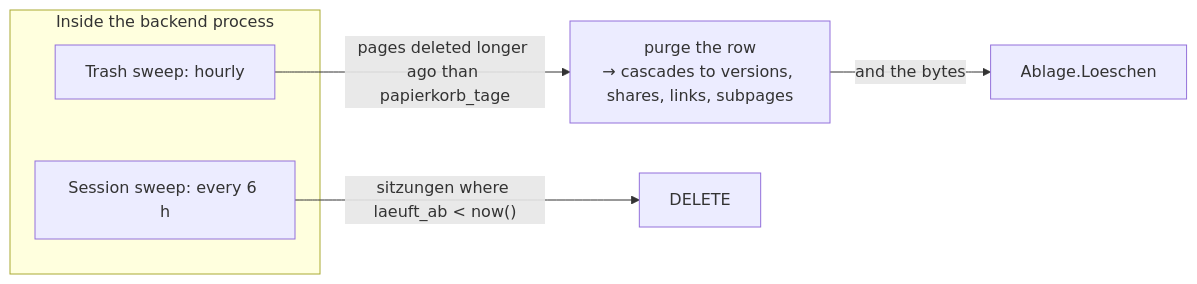
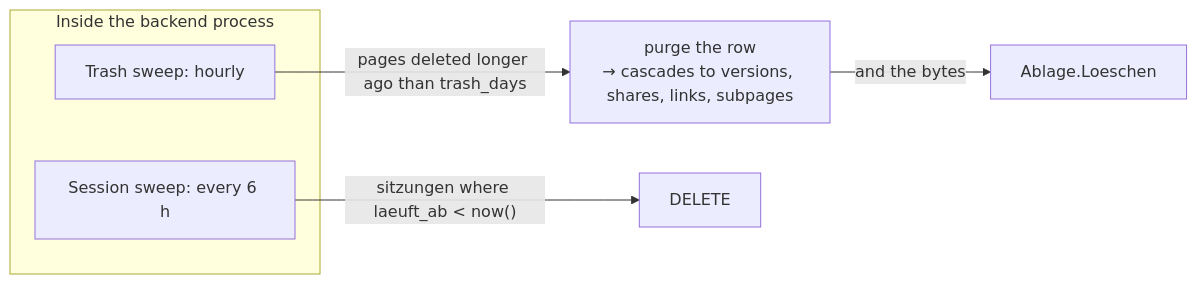
Diagram 11 of 16 in docs/architecture.md (Dschonas04/Nexora), drawn with Mermaid before and after one commit. The commit also changed other lines of this file and 24 other files, not shown here.

````diff
--- a/docs/architecture.md
+++ b/docs/architecture.md
@@ -624,11 +624,11 @@
 ```mermaid
 graph LR
     subgraph proc["Inside the backend process"]
         t1["Trash sweep: hourly"]
         t2["Session sweep: every 6 h"]
     end
 
-    t1 -->|"pages deleted longer ago than papierkorb_tage"| purge["purge the row<br/>→ cascades to versions, shares, links, subpages"]
+    t1 -->|"pages deleted longer ago than trash_days"| purge["purge the row<br/>→ cascades to versions, shares, links, subpages"]
     purge -->|"and the bytes"| store["Ablage.Loeschen"]
     t2 -->|"sitzungen where laeuft_ab < now()"| del["DELETE"]
 ```
````
